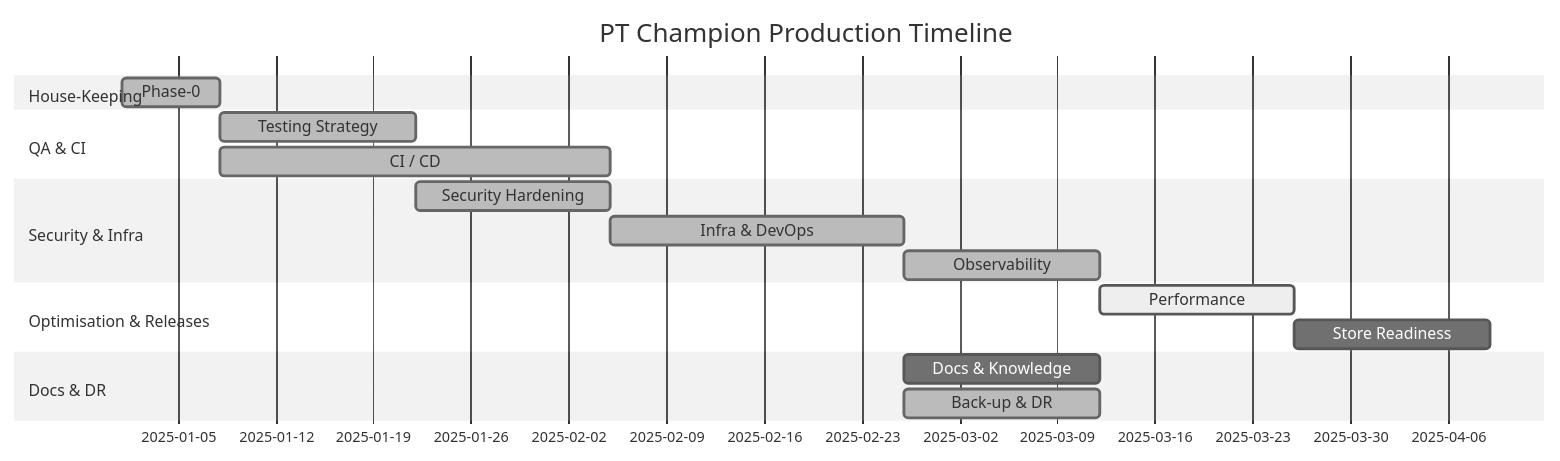
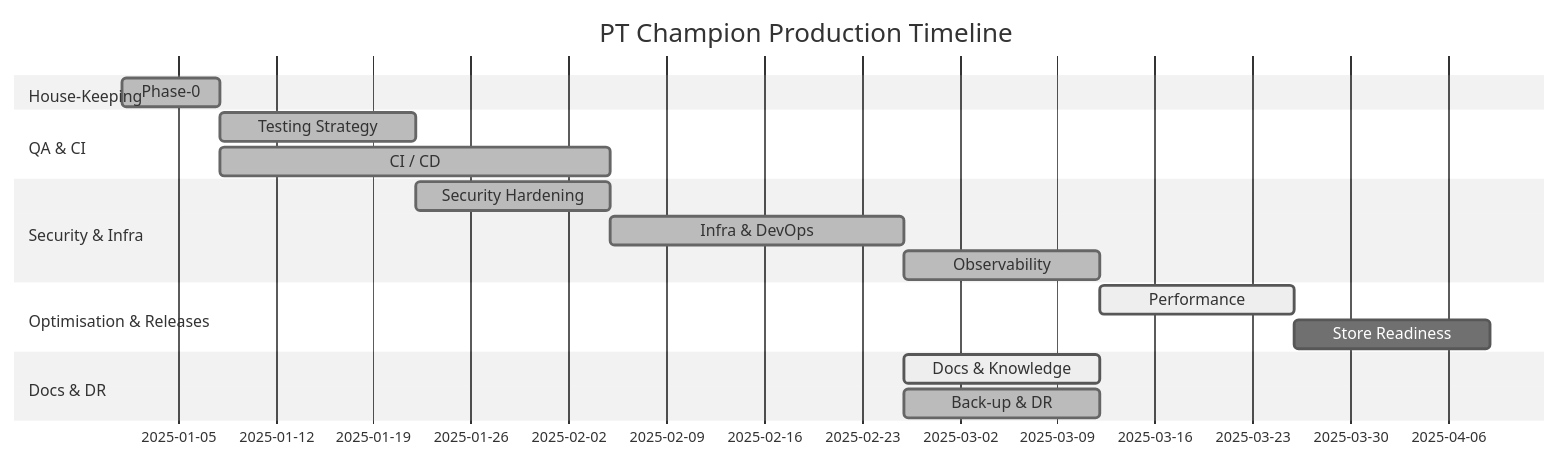
Before and after one commit to toole-brendan/ptchampion: the diagram in PRODUCTION_READINESS_PLAN.md, drawn with Mermaid (neutral theme). The commit also changed other lines of this file and 33 other files, not shown here.

````diff
--- a/PRODUCTION_READINESS_PLAN.md
+++ b/PRODUCTION_READINESS_PLAN.md
@@ -207,20 +207,20 @@
 ```mermaid
 gantt
 dateFormat MM‑DD
 title PT Champion Production Timeline
 section House‑Keeping
 Phase‑0           :done,    p0, 01‑01, 7d
 section QA & CI
 Testing Strategy  :done,    p1, after p0, 14d
 CI / CD           :done,    p2, after p0, 28d
 section Security & Infra
 Security Hardening:done,    p3, after p1, 14d
 Infra & DevOps    :done,    p4, after p2, 21d
 Observability     :done,    p5, after p4, 14d
 section Optimisation & Releases
 Performance       :active,  p6, after p5, 14d
 Store Readiness   :         p7, after p6, 14d
 section Docs & DR
-Docs & Knowledge  :         p8, after p4, 14d
+Docs & Knowledge  :active, p8, after p4, 14d
 Back‑up & DR      :done,    p9, after p4, 14d
 ```
````
